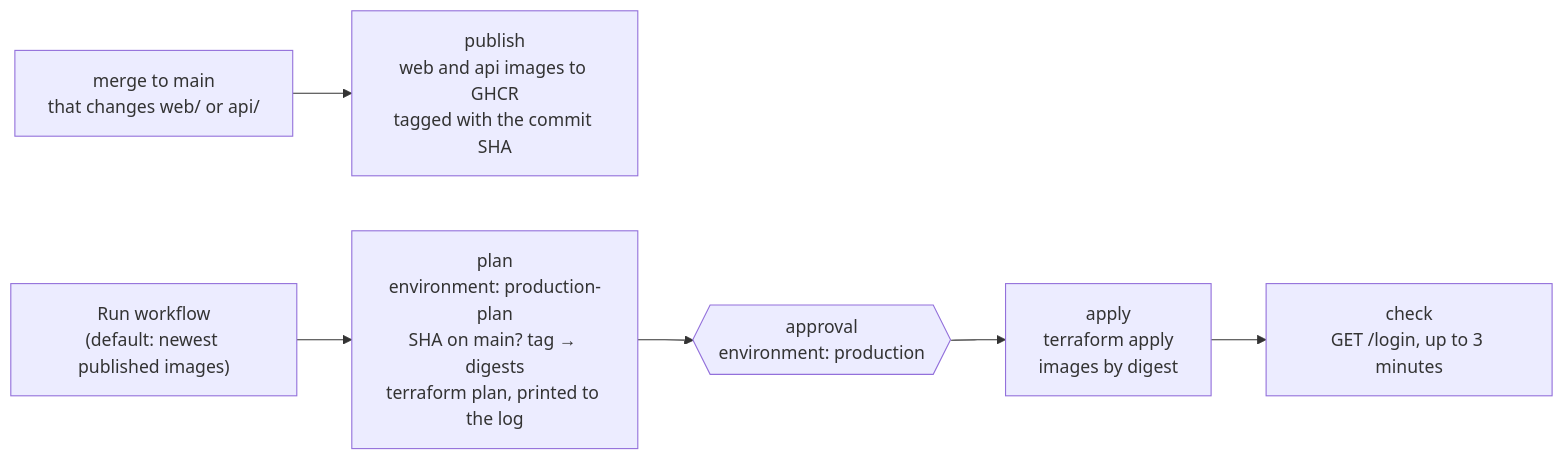
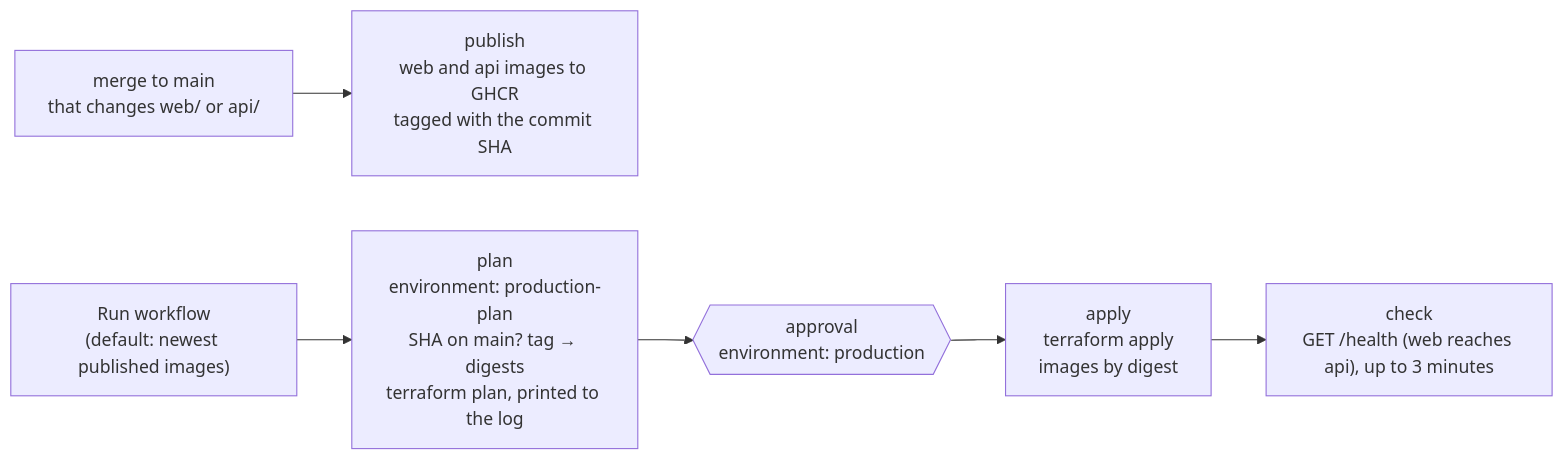
The eighth of 11 diagrams in docs/architecture.md (l1em1on1/social-tennis), drawn with Mermaid before and after one commit. The commit also changed other lines of this file and 5 other files, not shown here.

````diff
--- a/docs/architecture.md
+++ b/docs/architecture.md
@@ -354,8 +356,8 @@
 ```mermaid
 flowchart LR
     M["merge to main<br/>that changes web/ or api/"] --> P["publish<br/>web and api images to GHCR<br/>tagged with the commit SHA"]
     D["Run workflow<br/>(default: newest published images)"] --> PL["plan<br/>environment: production-plan<br/>SHA on main? tag → digests<br/>terraform plan, printed to the log"]
     PL --> AP{{"approval<br/>environment: production"}}
     AP --> A["apply<br/>terraform apply<br/>images by digest"]
-    A --> C["check<br/>GET /login, up to 3 minutes"]
+    A --> C["check<br/>GET /health (web reaches api), up to 3 minutes"]
 ```
````
